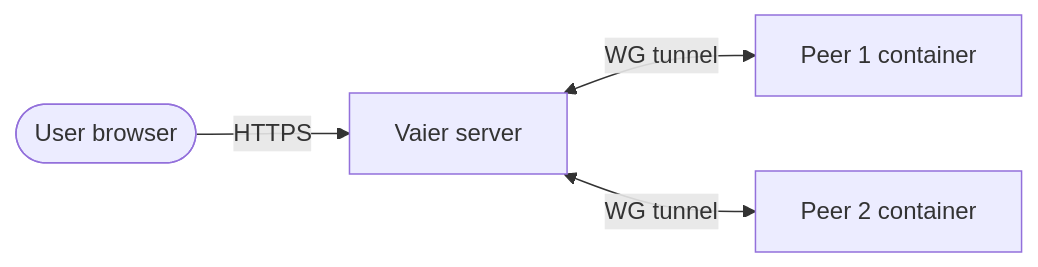
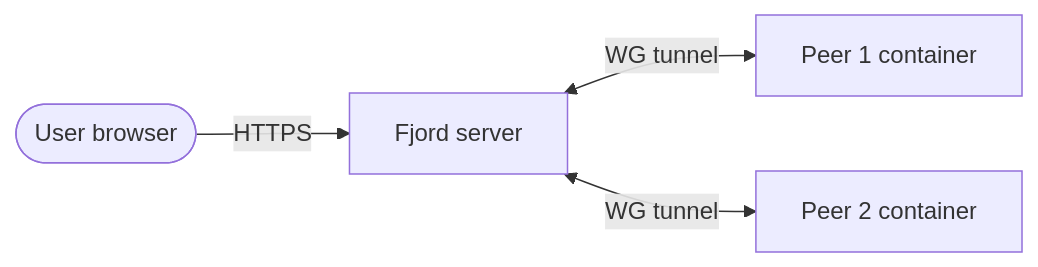
The diagram in README.md (geir-eilertsen/wireweave), drawn with Mermaid before and after one commit. The commit also changed other lines of this file and 1724 other files, not shown here.

````diff
--- a/README.md
+++ b/README.md
@@ -41,11 +43,11 @@
 ```mermaid
 flowchart LR
     browser([User browser])
-    server[Vaier server]
+    server[Fjord server]
     p1[Peer 1 container]
     p2[Peer 2 container]
 
     browser -->|HTTPS| server
     server <-->|WG tunnel| p1
     server <-->|WG tunnel| p2
 ```
````
